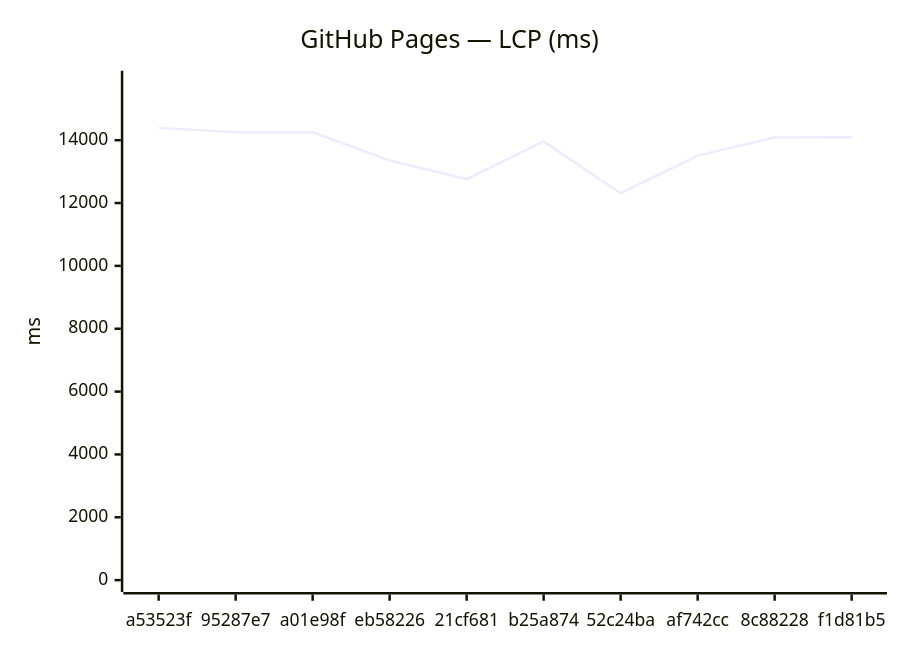
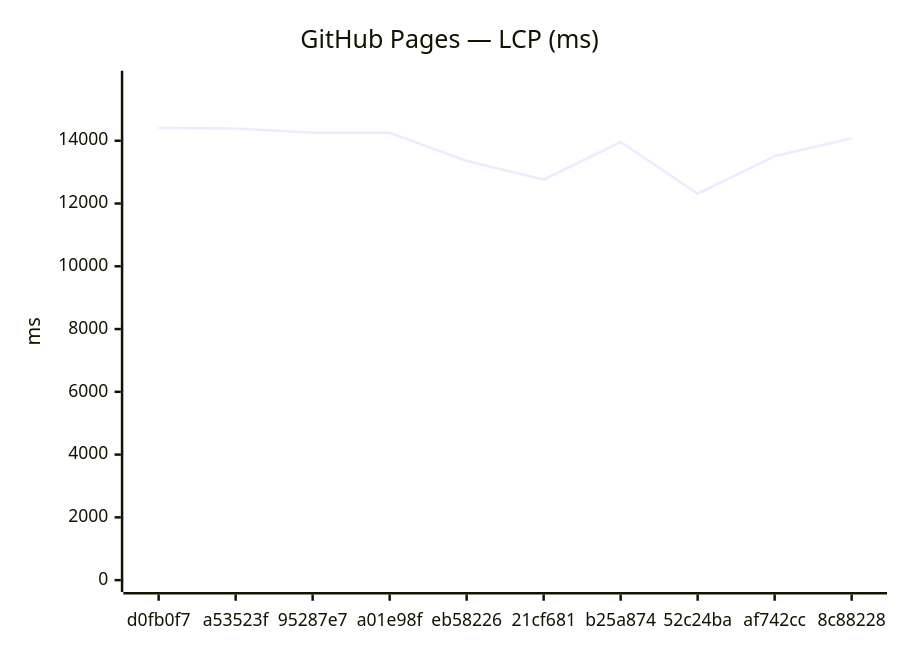
The third of 18 diagrams in benchmarks/compare.md (Metaheurist/Rianell), drawn with Mermaid before and after one commit. The commit also changed other lines of this file and 11 other files, not shown here.

````diff
--- a/benchmarks/compare.md
+++ b/benchmarks/compare.md
@@ -54,7 +54,7 @@
 ```mermaid
 xychart-beta
     title "GitHub Pages — LCP (ms)"
-    x-axis ["a53523f", "95287e7", "a01e98f", "eb58226", "21cf681", "b25a874", "52c24ba", "af742cc", "8c88228", "f1d81b5"]
-    y-axis "ms" 0 --> 15832
-    line [14392, 14255, 14254, 13354, 12763, 13959, 12313, 13510, 14082, 14090]
+    x-axis ["d0fb0f7", "a53523f", "95287e7", "a01e98f", "eb58226", "21cf681", "b25a874", "52c24ba", "af742cc", "8c88228"]
+    y-axis "ms" 0 --> 15852
+    line [14410, 14392, 14255, 14254, 13354, 12763, 13959, 12313, 13510, 14082]
 ```
````
